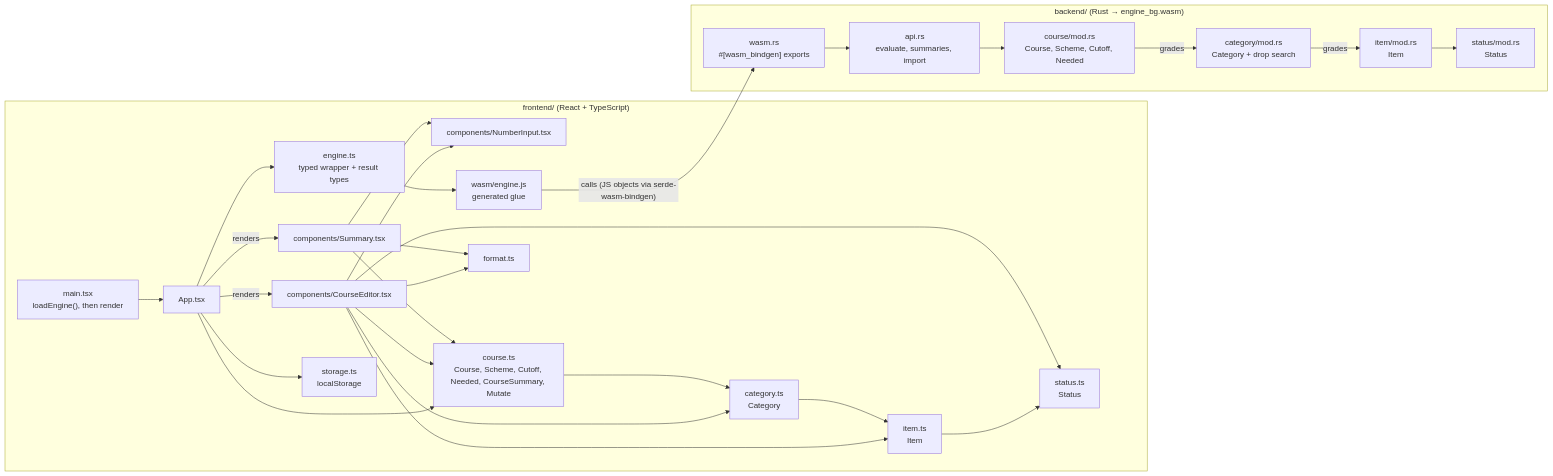
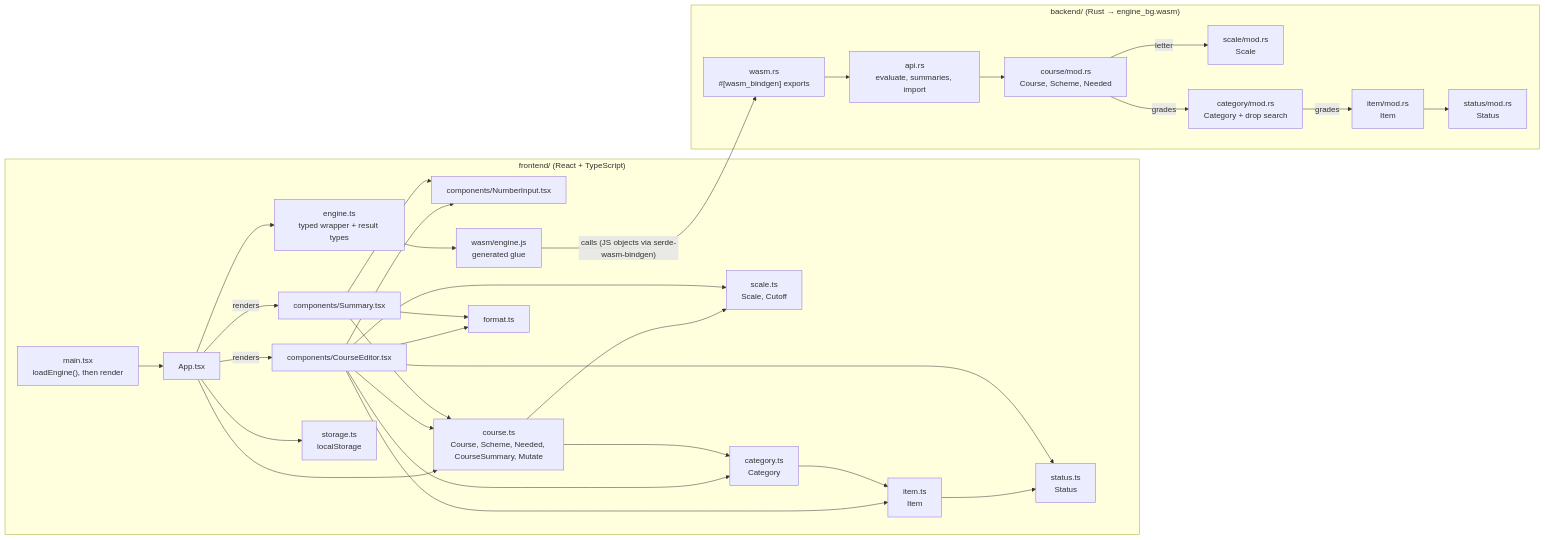
Before and after one commit to Patman1O1/grade-calculator: the first of 9 diagrams in docs/uml.md, drawn with Mermaid. The commit also changed other lines of this file and 12 other files, not shown here.

First line of the commit message:
Replace Cutoff with a fixed Scale { a, b, c, d, f }

````diff
--- a/docs/uml.md
+++ b/docs/uml.md
@@ -20,49 +20,54 @@
 ```mermaid
 flowchart LR
   subgraph frontend["frontend/ (React + TypeScript)"]
     main["main.tsx<br/>loadEngine(), then render"]
     App["App.tsx"]
     CourseEditor["components/CourseEditor.tsx"]
     Summary["components/Summary.tsx"]
     NumberInput["components/NumberInput.tsx"]
-    coursets["course.ts<br/>Course, Scheme, Cutoff, Needed, CourseSummary, Mutate"]
+    coursets["course.ts<br/>Course, Scheme, Needed, CourseSummary, Mutate"]
+    scalets["scale.ts<br/>Scale, Cutoff"]
     categoryts["category.ts<br/>Category"]
     itemts["item.ts<br/>Item"]
     statusts["status.ts<br/>Status"]
     enginets["engine.ts<br/>typed wrapper + result types"]
     glue["wasm/engine.js<br/>generated glue"]
     storage["storage.ts<br/>localStorage"]
     format["format.ts"]
   end
   subgraph engine["backend/ (Rust → engine_bg.wasm)"]
     wasm["wasm.rs<br/>#[wasm_bindgen] exports"]
     api["api.rs<br/>evaluate, summaries, import"]
     item["item/mod.rs<br/>Item"]
     status["status/mod.rs<br/>Status"]
+    scale["scale/mod.rs<br/>Scale"]
     category["category/mod.rs<br/>Category + drop search"]
-    course["course/mod.rs<br/>Course, Scheme, Cutoff, Needed"]
+    course["course/mod.rs<br/>Course, Scheme, Needed"]
   end
 
   main --> App
   App --> enginets --> glue
   App --> storage
   App -->|renders| CourseEditor
   App -->|renders| Summary
   CourseEditor --> NumberInput
   Summary --> NumberInput
   CourseEditor --> format
   Summary --> format
   App --> coursets
   CourseEditor --> coursets
   CourseEditor --> categoryts
   CourseEditor --> itemts
   Summary --> coursets
   coursets --> categoryts --> itemts --> statusts
+  coursets --> scalets
+  CourseEditor --> scalets
   CourseEditor --> statusts
   glue -->|"calls (JS objects via serde-wasm-bindgen)"| wasm
   wasm --> api
   api --> course
   course -->|grades| category
+  course -->|letter| scale
   category -->|grades| item
   item --> status
 ```
````
